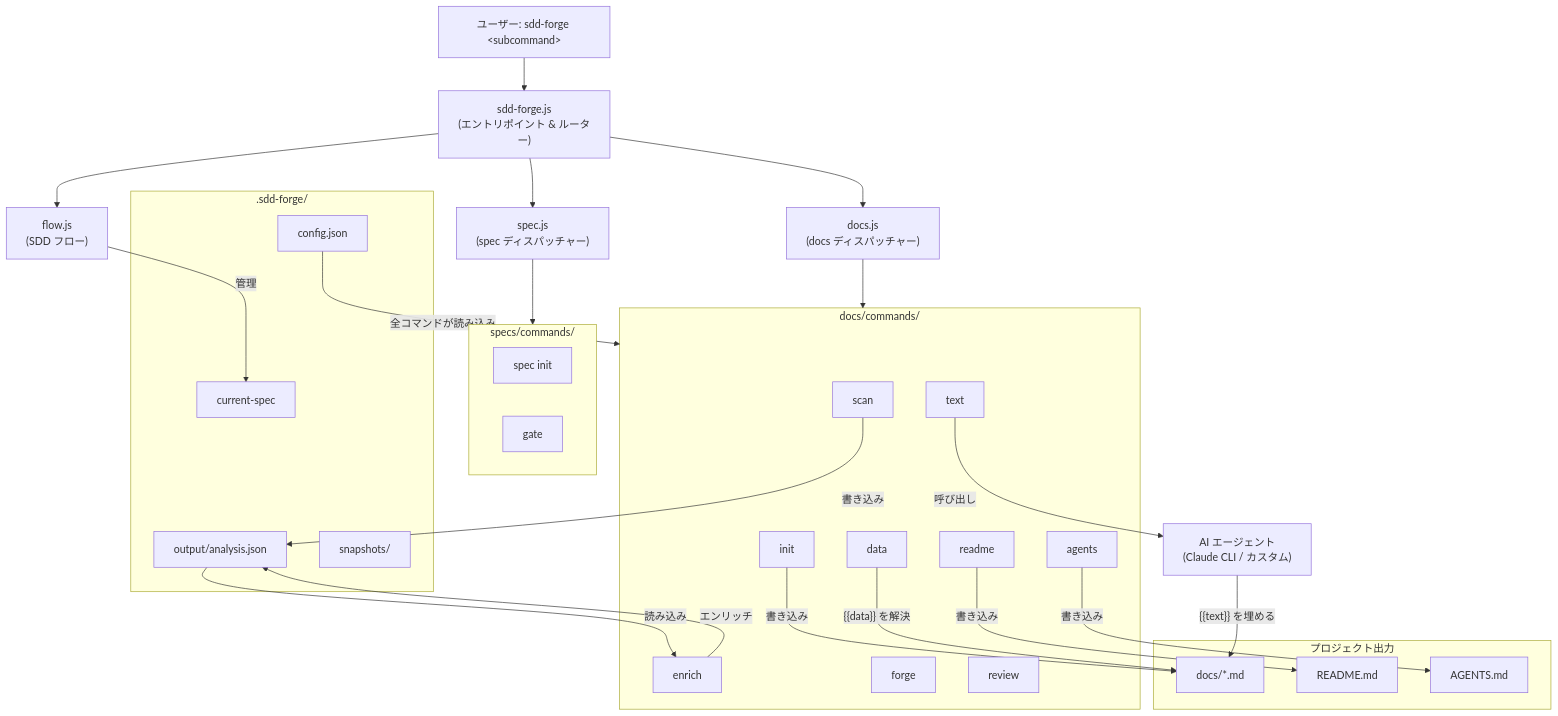
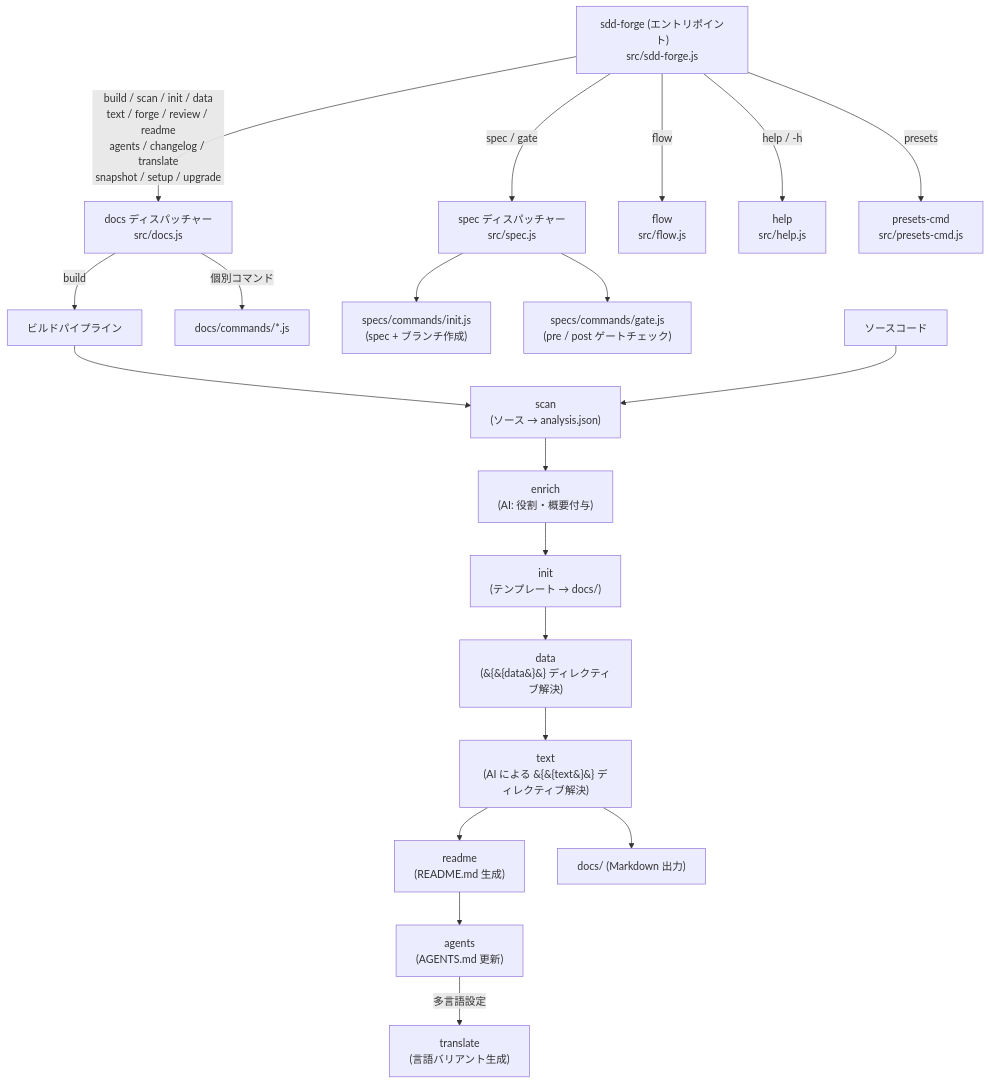
The diagram in docs/ja/overview.md (SpreadWorks/sdd-forge), drawn with Mermaid before and after one commit. The commit also changed other lines of this file and 14 other files, not shown here.

First line of the commit message:
docs: regenerate docs and fix build pipeline description

````diff
--- a/docs/ja/overview.md
+++ b/docs/ja/overview.md
@@ -16,58 +26,28 @@
 ```mermaid
 flowchart TD
-    User["ユーザー: sdd-forge &lt;subcommand&gt;"]
-    Entry["sdd-forge.js\n(エントリポイント &amp; ルーター)"]
-    Docs["docs.js\n(docs ディスパッチャー)"]
-    Spec["spec.js\n(spec ディスパッチャー)"]
-    Flow["flow.js\n(SDD フロー)"]
+    CLI["sdd-forge (エントリポイント)\nsrc/sdd-forge.js"]
 
-    subgraph DocsCmds["docs/commands/"]
-        Scan["scan"]
-        Enrich["enrich"]
-        Init["init"]
-        Data["data"]
-        Text["text"]
-        Readme["readme"]
-        Agents["agents"]
-        Forge["forge"]
-        Review["review"]
-    end
+    CLI -->|"build / scan / init / data\ntext / forge / review / readme\nagents / changelog / translate\nsnapshot / setup / upgrade"| DOCS["docs ディスパッチャー\nsrc/docs.js"]
+    CLI -->|"spec / gate"| SPEC["spec ディスパッチャー\nsrc/spec.js"]
+    CLI -->|"flow"| FLOW["flow\nsrc/flow.js"]
+    CLI -->|"help / -h"| HELP["help\nsrc/help.js"]
+    CLI -->|"presets"| PRESETS["presets-cmd\nsrc/presets-cmd.js"]
 
-    subgraph SpecCmds["specs/commands/"]
-        SpecInit["spec init"]
-        Gate["gate"]
-    end
+    DOCS -->|"build"| PIPELINE["ビルドパイプライン"]
+    DOCS -->|"個別コマンド"| CMD["docs/commands/*.js"]
 
-    subgraph Storage[".sdd-forge/"]
-        Config["config.json"]
-        Analysis["output/analysis.json"]
-        CurrentSpec["current-spec"]
-        Snapshots["snapshots/"]
-    end
+    PIPELINE --> S1["scan\n(ソース → analysis.json)"]
+    S1 --> S2["enrich\n(AI: 役割・概要付与)"]
+    S2 --> S3["init\n(テンプレート → docs/)"]
+    S3 --> S4["data\n(&#123;&#123;data&#125;&#125; ディレクティブ解決)"]
+    S4 --> S5["text\n(AI による &#123;&#123;text&#125;&#125; ディレクティブ解決)"]
+    S5 --> S6["readme\n(README.md 生成)"]
+    S6 --> S7["agents\n(AGENTS.md 更新)"]
+    S7 -->|"多言語設定"| S8["translate\n(言語バリアント生成)"]
 
-    subgraph Output["プロジェクト出力"]
-        DocsDir["docs/*.md"]
-        ReadmeMd["README.md"]
-        AgentsMd["AGENTS.md"]
-    end
+    SPEC --> INIT["specs/commands/init.js\n(spec + ブランチ作成)"]
+    SPEC --> GATE["specs/commands/gate.js\n(pre / post ゲートチェック)"]
 
-    AI["AI エージェント\n(Claude CLI / カスタム)"]
-
-    User --> Entry
-    Entry --> Docs
-    Entry --> Spec
-    Entry --> Flow
-    Docs --> DocsCmds
-    Spec --> SpecCmds
-    Scan -->|"書き込み"| Analysis
-    Analysis -->|"読み込み"| Enrich
-    Enrich -->|"エンリッチ"| Analysis
-    Init -->|"書き込み"| DocsDir
-    Data -->|"{{data}} を解決"| DocsDir
-    Text -->|"呼び出し"| AI
-    AI -->|"{{text}} を埋める"| DocsDir
-    Readme -->|"書き込み"| ReadmeMd
-    Agents -->|"書き込み"| AgentsMd
-    Config -->|"全コマンドが読み込み"| DocsCmds
-    Flow -->|"管理"| CurrentSpec
+    SRC["ソースコード"] --> S1
+    S5 --> Out["docs/ (Markdown 出力)"]
 ```
````
